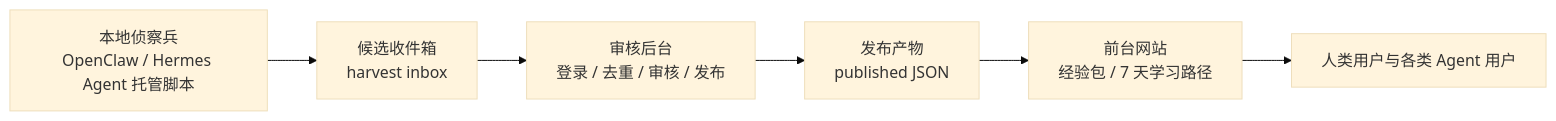
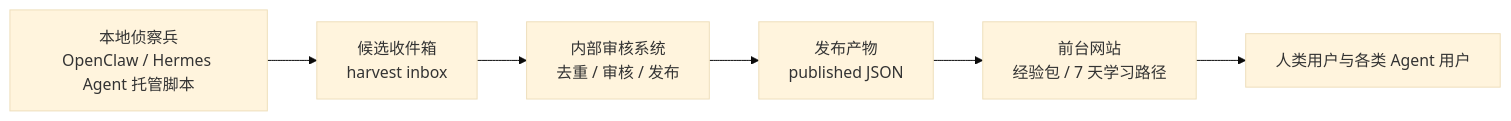
One commit to jjjojoj/auraclaw changed the diagram in README.md. Above: the diagram before and after it, drawn with Mermaid (base theme). The commit also changed other lines of this file and 1 other file, not shown here.

````diff
--- a/README.md
+++ b/README.md
@@ -66,8 +65,8 @@
 ```mermaid
 flowchart LR
     S["本地侦察兵<br/>OpenClaw / Hermes Agent 托管脚本"] --> H["候选收件箱<br/>harvest inbox"]
-    H --> A["审核后台<br/>登录 / 去重 / 审核 / 发布"]
+    H --> A["内部审核系统<br/>去重 / 审核 / 发布"]
     A --> P["发布产物<br/>published JSON"]
     P --> W["前台网站<br/>经验包 / 7 天学习路径"]
     W --> U["人类用户与各类 Agent 用户"]
 ```
````
